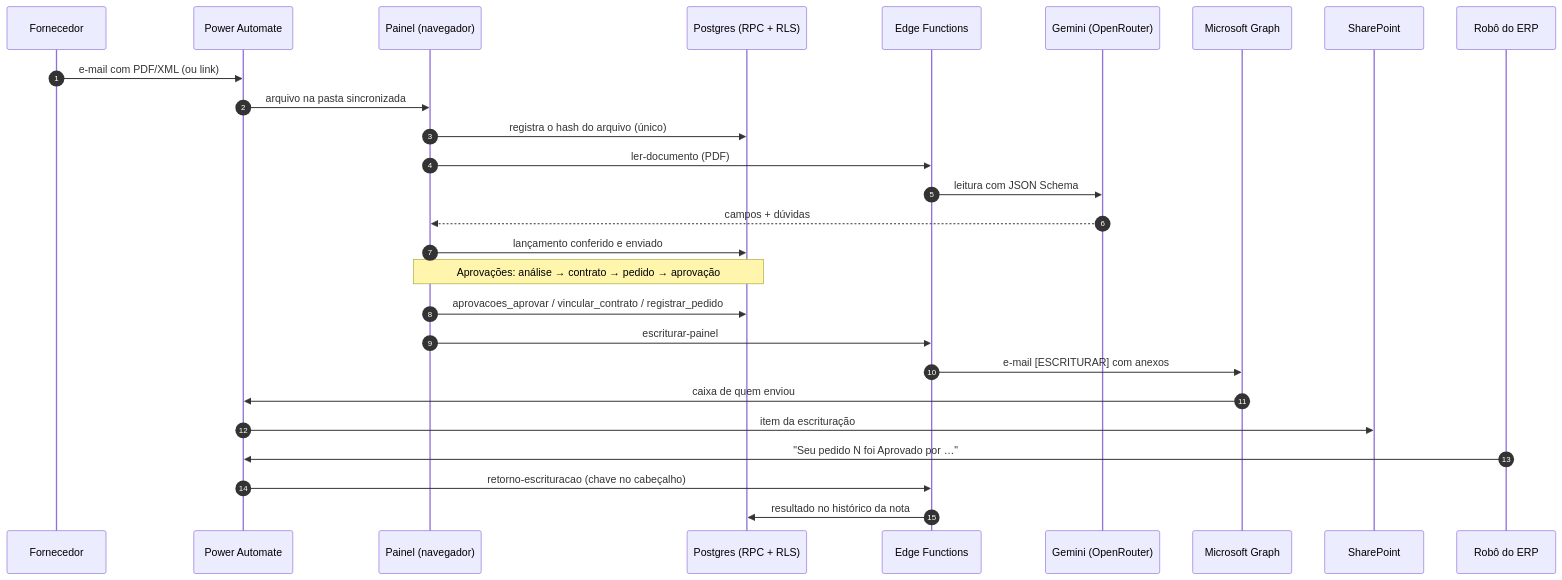
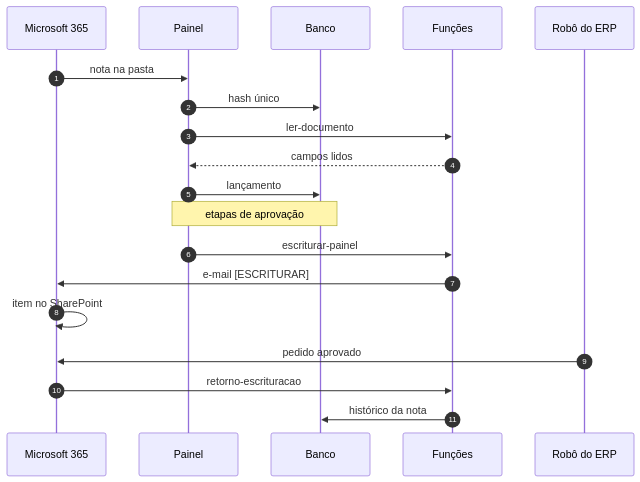
One commit to Taveshu19/plataforma-notas-fiscais changed the second of 2 diagrams in docs/02-arquitetura.md. Above: the diagram before and after it, drawn with Mermaid. The commit also changed other lines of this file and 9 other files, not shown here.

First line of the commit message:
Diagramas legíveis no GitHub e sem erro de sintaxe

````diff
--- a/docs/02-arquitetura.md
+++ b/docs/02-arquitetura.md
@@ -123,29 +100,21 @@
 ```mermaid
 sequenceDiagram
   autonumber
-  participant F as Fornecedor
-  participant PA as Power Automate
-  participant P as Painel (navegador)
-  participant DB as Postgres (RPC + RLS)
-  participant EF as Edge Functions
-  participant IA as Gemini (OpenRouter)
-  participant G as Microsoft Graph
-  participant SP as SharePoint
+  participant M as Microsoft 365
+  participant P as Painel
+  participant DB as Banco
+  participant EF as Funções
   participant R as Robô do ERP
-  F->>PA: e-mail com PDF/XML (ou link)
-  PA->>P: arquivo na pasta sincronizada
-  P->>DB: registra o hash do arquivo (único)
-  P->>EF: ler-documento (PDF)
-  EF->>IA: leitura com JSON Schema
-  IA-->>P: campos + dúvidas
-  P->>DB: lançamento conferido e enviado
-  Note over P,DB: Aprovações: análise → contrato → pedido → aprovação
-  P->>DB: aprovacoes_aprovar / vincular_contrato / registrar_pedido
+  M->>P: nota na pasta
+  P->>DB: hash único
+  P->>EF: ler-documento
+  EF-->>P: campos lidos
+  P->>DB: lançamento
+  Note over P,DB: etapas de aprovação
   P->>EF: escriturar-painel
-  EF->>G: e-mail [ESCRITURAR] com anexos
-  G->>PA: caixa de quem enviou
-  PA->>SP: item da escrituração
-  R->>PA: "Seu pedido N foi Aprovado por …"
-  PA->>EF: retorno-escrituracao (chave no cabeçalho)
-  EF->>DB: resultado no histórico da nota
+  EF->>M: e-mail [ESCRITURAR]
+  M->>M: item no SharePoint
+  R->>M: pedido aprovado
+  M->>EF: retorno-escrituracao
+  EF->>DB: histórico da nota
 ```
````
